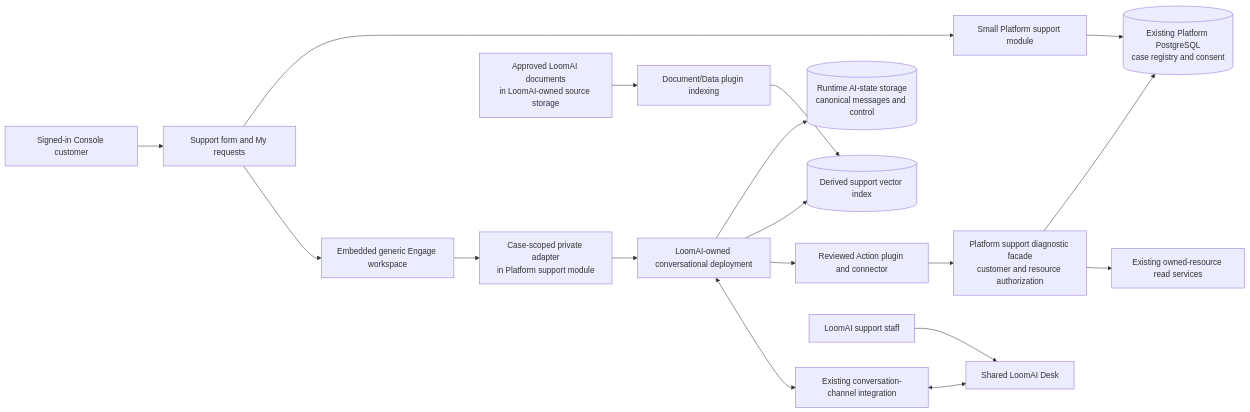
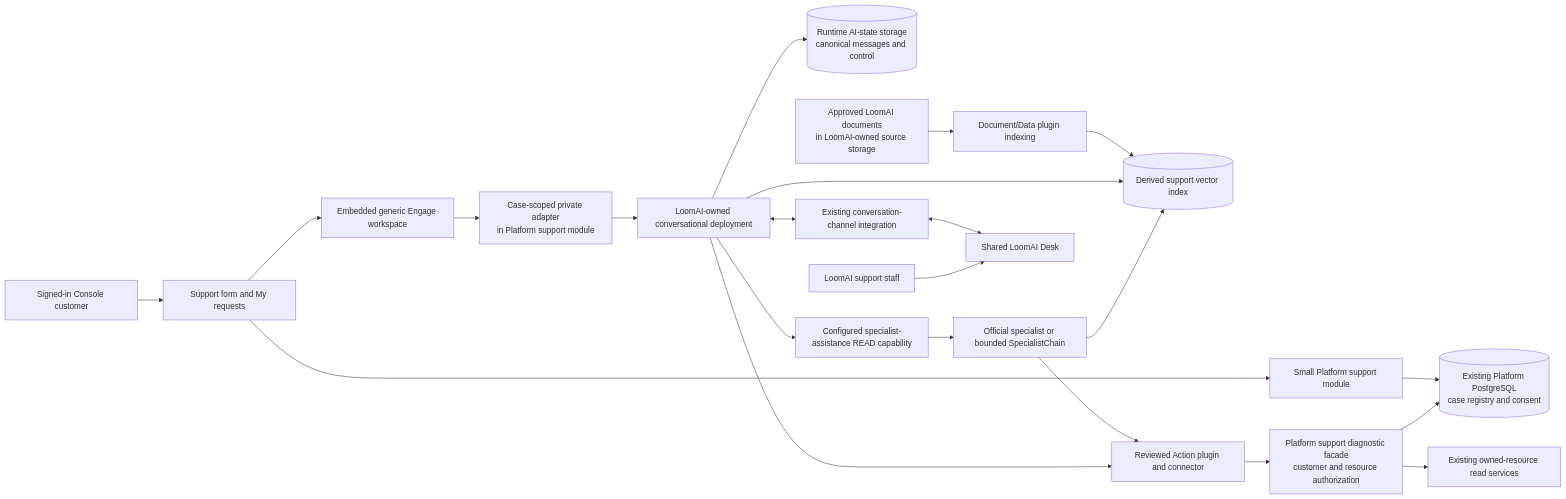
One commit to mahmoudashraf/AI-Fabric-Framework changed the first of 3 diagrams in doc/Productization/future-work/MarketPlace/Products/Strategy/RoadMaps/Implementation/010_54_LOOMAI_INTEGRATION_SUPPORT_DEPLOYMENT_AI_WORKSPACE_AND_DESK_SOLUTION_PLAN.md. Above: the diagram before and after it, drawn with Mermaid. The commit also changed other lines of this file and 4 other files, not shown here.

````diff
--- a/doc/Productization/future-work/MarketPlace/Products/Strategy/RoadMaps/Implementation/010_54_LOOMAI_INTEGRATION_SUPPORT_DEPLOYMENT_AI_WORKSPACE_AND_DESK_SOLUTION_PLAN.md
+++ b/doc/Productization/future-work/MarketPlace/Products/Strategy/RoadMaps/Implementation/010_54_LOOMAI_INTEGRATION_SUPPORT_DEPLOYMENT_AI_WORKSPACE_AND_DESK_SOLUTION_PLAN.md
@@ -71,20 +77,24 @@
 ```mermaid
 flowchart LR
     U[Signed-in Console customer] --> F[Support form and My requests]
     F --> P[Small Platform support module]
     P --> C[(Existing Platform PostgreSQL\ncase registry and consent)]
     F --> W[Embedded generic Engage workspace]
     W --> A[Case-scoped private adapter\nin Platform support module]
     A --> R[LoomAI-owned conversational deployment]
     R --> S[(Runtime AI-state storage\ncanonical messages and control)]
     K[Approved LoomAI documents\nin LoomAI-owned source storage] --> I[Document/Data plugin indexing]
     I --> V[(Derived support vector index)]
     R --> V
+    R --> AS[Configured specialist-assistance READ capability]
+    AS --> SC[Official specialist or bounded SpecialistChain]
+    SC --> V
+    SC --> X
     R --> X[Reviewed Action plugin and connector]
     X --> D[Platform support diagnostic facade\ncustomer and resource authorization]
     D --> C
     D --> O[Existing owned-resource read services]
     R <--> H[Existing conversation-channel integration]
     H <--> B[Shared LoomAI Desk]
     T[LoomAI support staff] --> B
 ```
````
